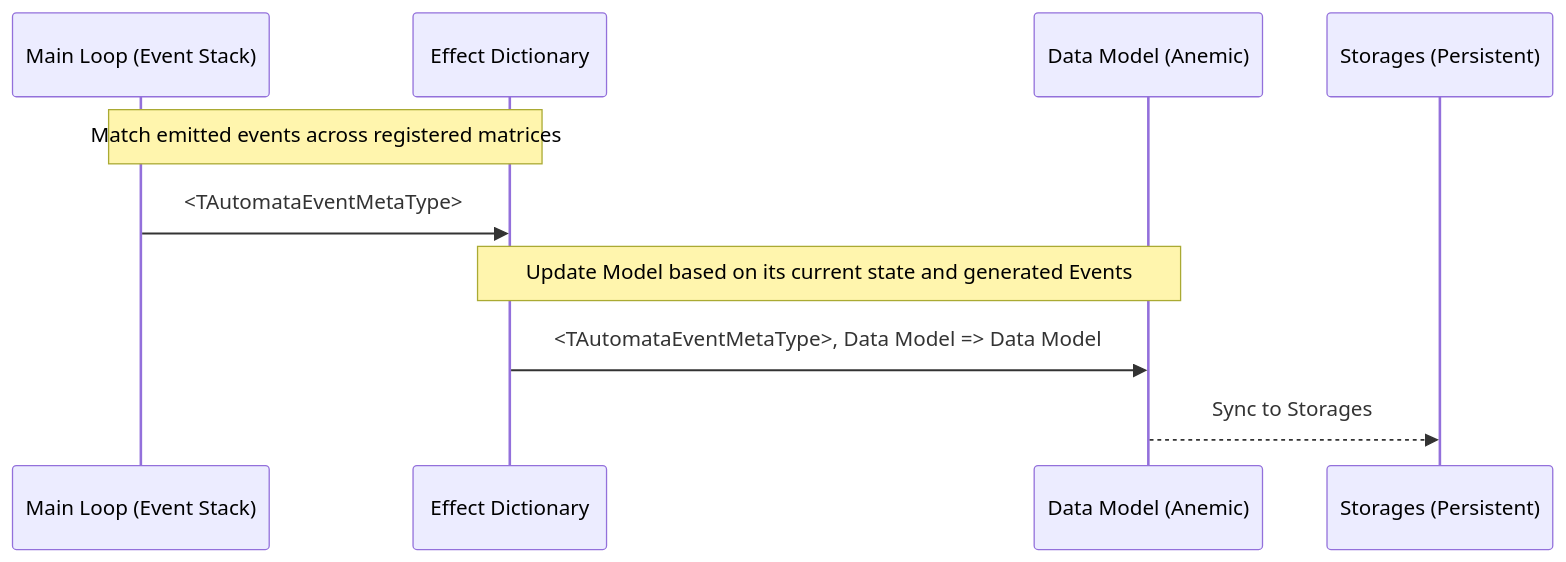
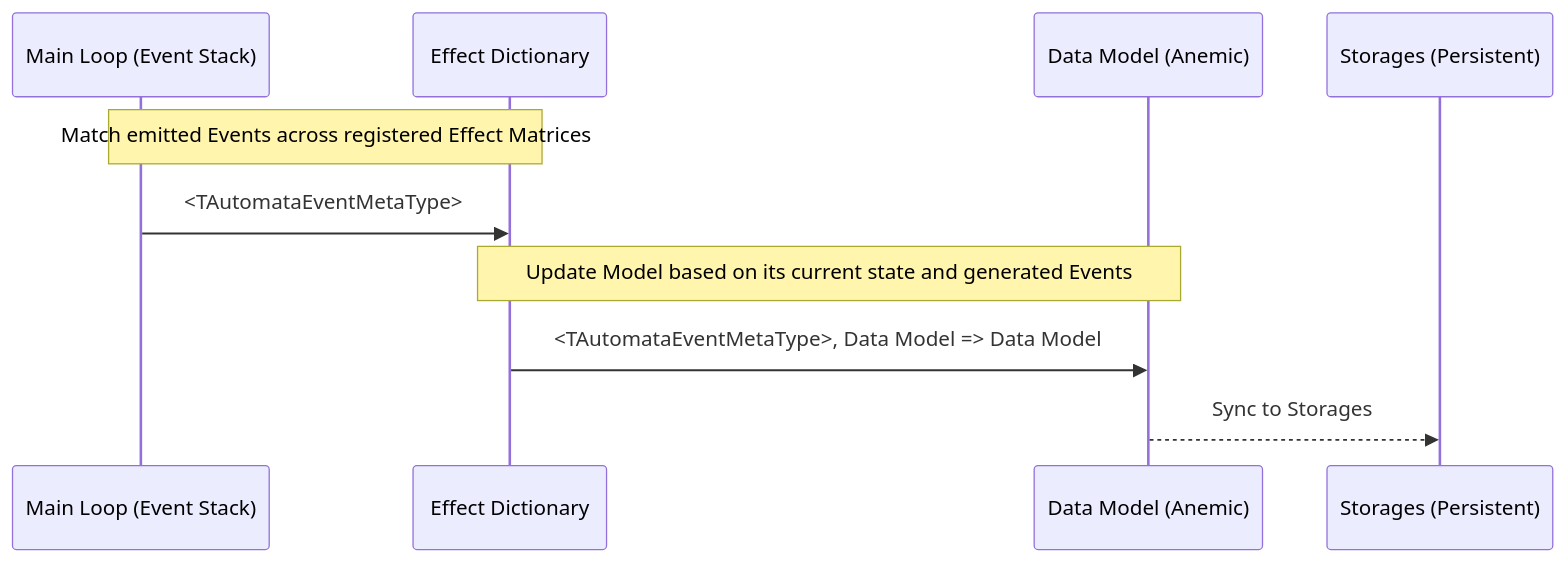
The fourth of 5 diagrams in docs/concepts/400_data_flow.md (tfcp68/yantrix), drawn with Mermaid before and after one commit. The commit also changed other lines of this file and 17 other files, not shown here.

````diff
--- a/docs/concepts/400_data_flow.md
+++ b/docs/concepts/400_data_flow.md
@@ -125,13 +138,13 @@
 ```mermaid
 sequenceDiagram
 	participant MT as Main Loop (Event Stack)
 	participant ED as Effect Dictionary
 	participant MDL as Data Model (Anemic)
 	participant DB as Storages (Persistent)
-	Note over MT, ED: Match emitted events across registered matrices
+	Note over MT, ED: Match emitted Events across registered Effect Matrices
 	MT ->> ED: <TAutomataEventMetaType>
 	Note over ED, MDL: Update Model based on its current state and generated Events
 	ED ->> MDL: <TAutomataEventMetaType>, Data Model => Data Model
 	MDL -->> DB: Sync to Storages
 
 ```
````
